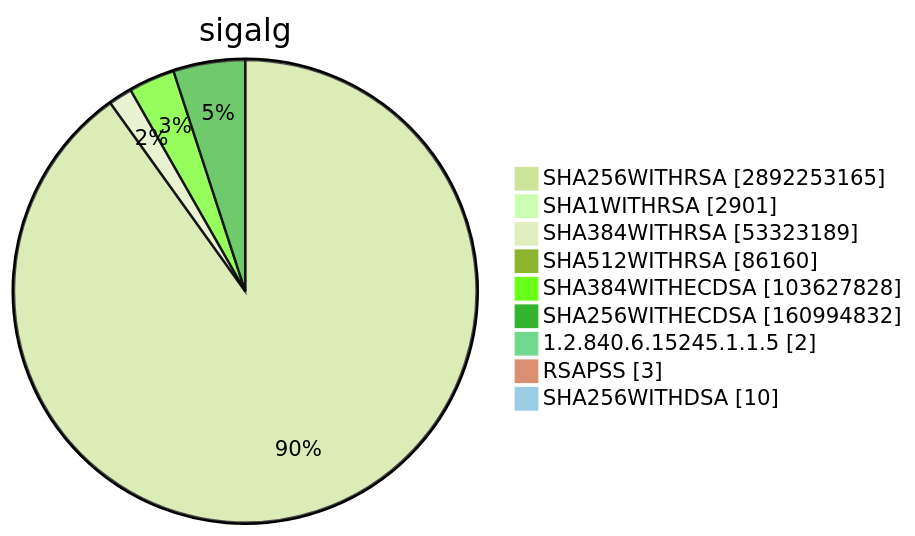
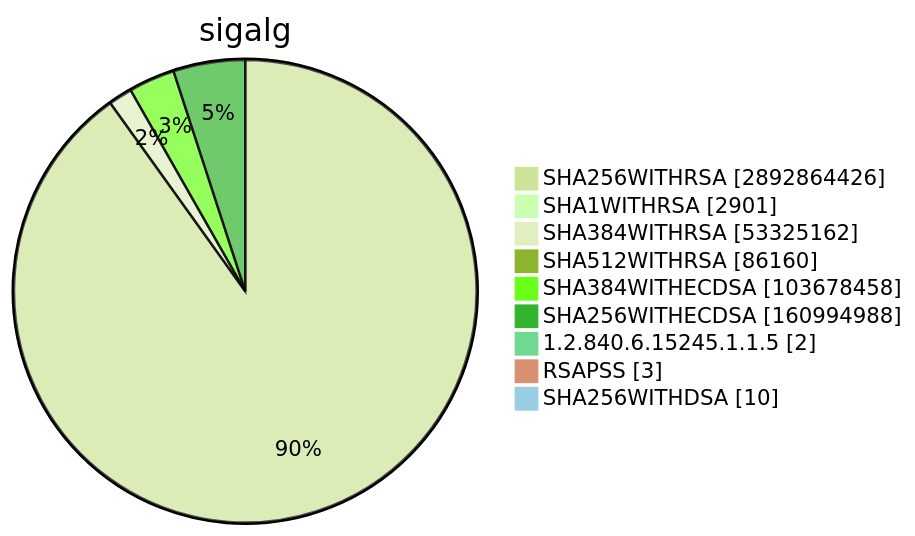
Diagram 15 of 15 in TOTAL/README.md (christiankrug/ctmonitor_visualization), drawn with Mermaid (forest theme) before and after one commit. The commit also changed other lines of this file, not shown here.

````diff
--- a/TOTAL/README.md
+++ b/TOTAL/README.md
@@ -6207,13 +6207,13 @@
 ```mermaid
 pie showData
 title sigalg
-"SHA256WITHRSA" :2892253165
+"SHA256WITHRSA" :2892864426
 "SHA1WITHRSA" :2901
-"SHA384WITHRSA" :53323189
+"SHA384WITHRSA" :53325162
 "SHA512WITHRSA" :86160
-"SHA384WITHECDSA" :103627828
-"SHA256WITHECDSA" :160994832
+"SHA384WITHECDSA" :103678458
+"SHA256WITHECDSA" :160994988
 "1.2.840.6.15245.1.1.5" :2
 "RSAPSS" :3
 "SHA256WITHDSA" :10
 ```
````
